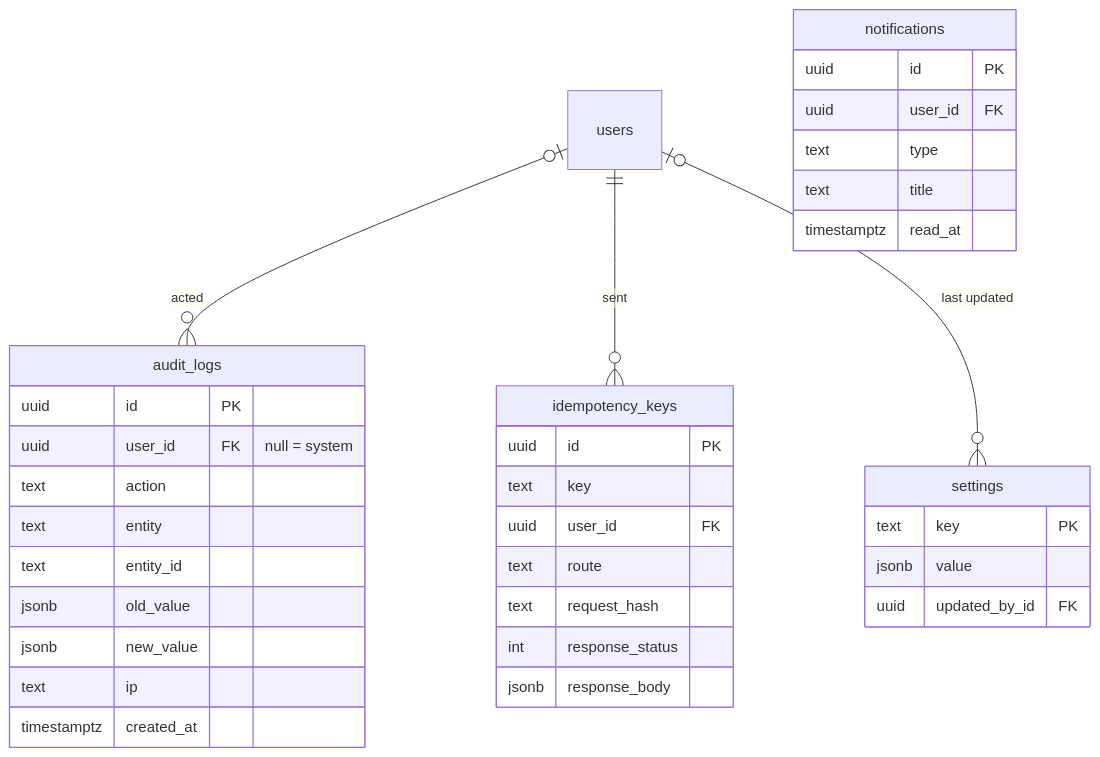
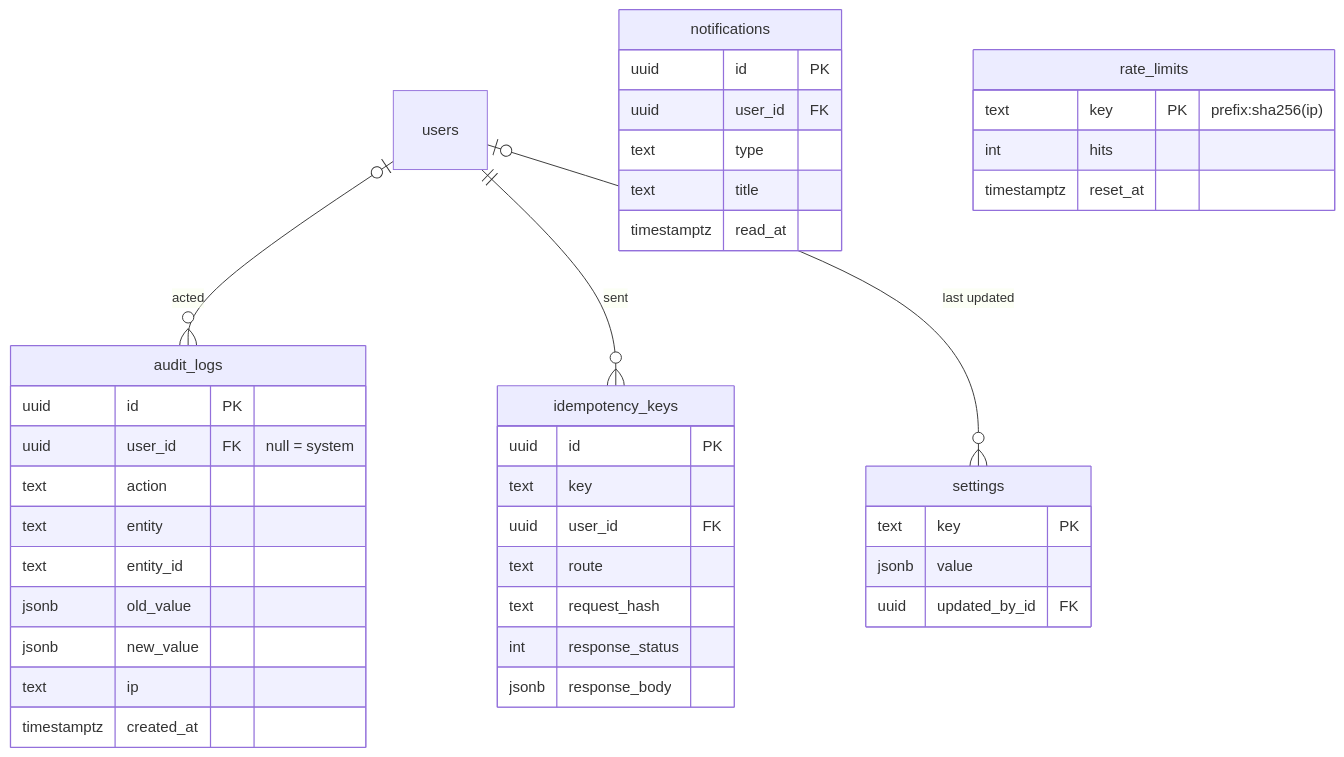
One commit to ArnavAmbasta-05/kiss-vocational-training changed the second of 3 diagrams in docs/ER.md. Above: the diagram before and after it, drawn with Mermaid. The commit also changed other lines of this file and 7 other files, not shown here.

First line of the commit message:
Share login rate limits through a Postgres store

````diff
--- a/docs/ER.md
+++ b/docs/ER.md
@@ -183,39 +183,44 @@
 ```mermaid
 erDiagram
   users |o--o{ audit_logs : "acted"
   users ||--o{ idempotency_keys : "sent"
   users |o--o{ settings : "last updated"
 
   audit_logs {
     uuid id PK
     uuid user_id FK "null = system"
     text action
     text entity
     text entity_id
     jsonb old_value
     jsonb new_value
     text ip
     timestamptz created_at
   }
   settings {
     text key PK
     jsonb value
     uuid updated_by_id FK
   }
   idempotency_keys {
     uuid id PK
     text key
     uuid user_id FK
     text route
     text request_hash
     int response_status
     jsonb response_body
   }
   notifications {
     uuid id PK
     uuid user_id FK
     text type
     text title
     timestamptz read_at
   }
+  rate_limits {
+    text key PK "prefix:sha256(ip)"
+    int hits
+    timestamptz reset_at
+  }
 ```
````
